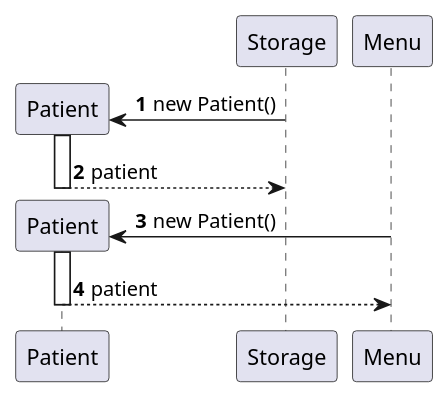
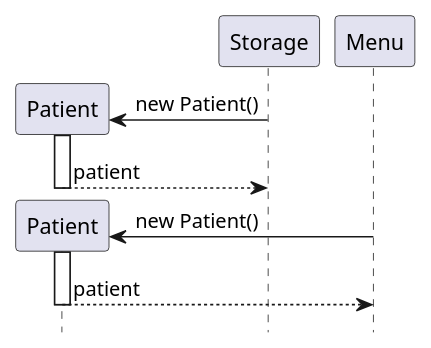
One commit to nus-cs2113-AY2223S2/tp changed the diagram in docs/diagrams/PatientSequenceDiagram.puml. Above: the diagram before and after it, drawn with PlantUML. The commit also changed 5 other files, not shown here.

First line of the commit message:
Fixed diagram formatting

```diff
--- a/docs/diagrams/PatientSequenceDiagram.puml
+++ b/docs/diagrams/PatientSequenceDiagram.puml
@@ -3,18 +3,17 @@
 @startuml
 'https://plantuml.com/sequence-diagram
 
-autonumber
-
+hide footbox
 create Patient
 Storage -> Patient : new Patient()
 activate Patient
 Patient --> Storage: patient
 deactivate Patient
 
 create Patient
 Menu -> Patient : new Patient()
 activate Patient
 Patient --> Menu: patient
 deactivate Patient
 
 @enduml
```
